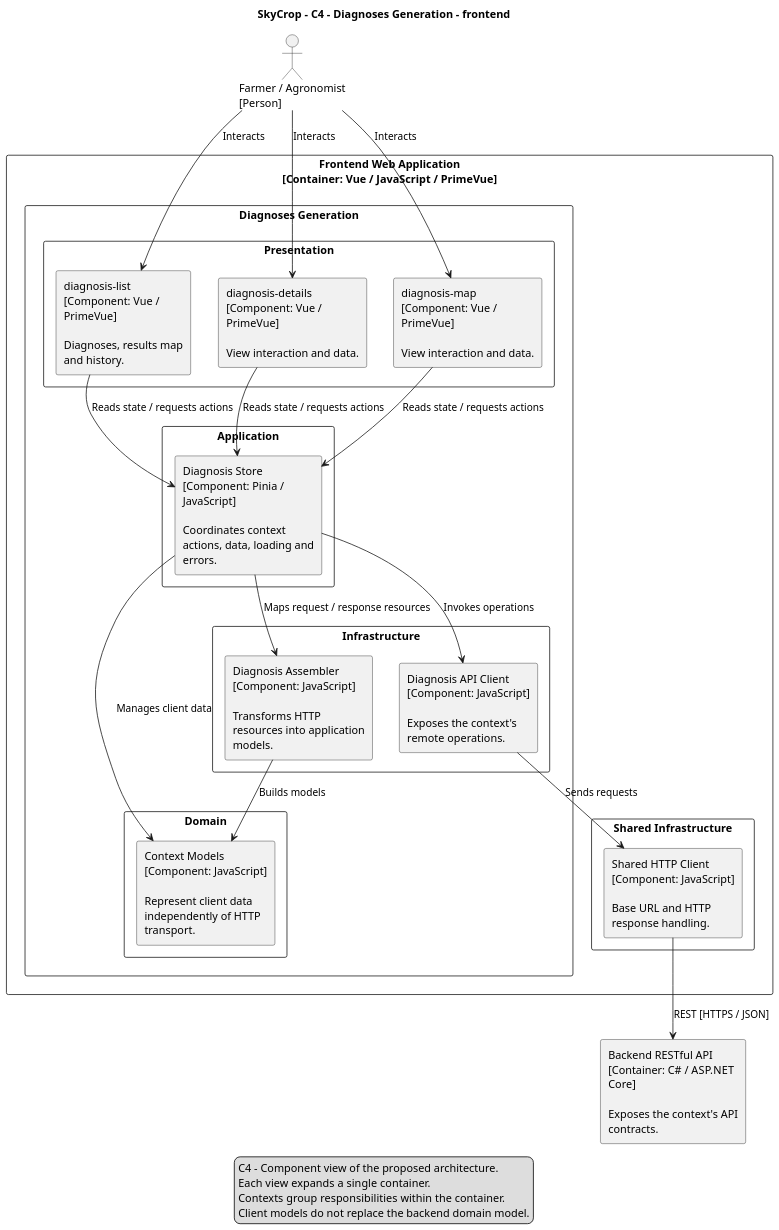
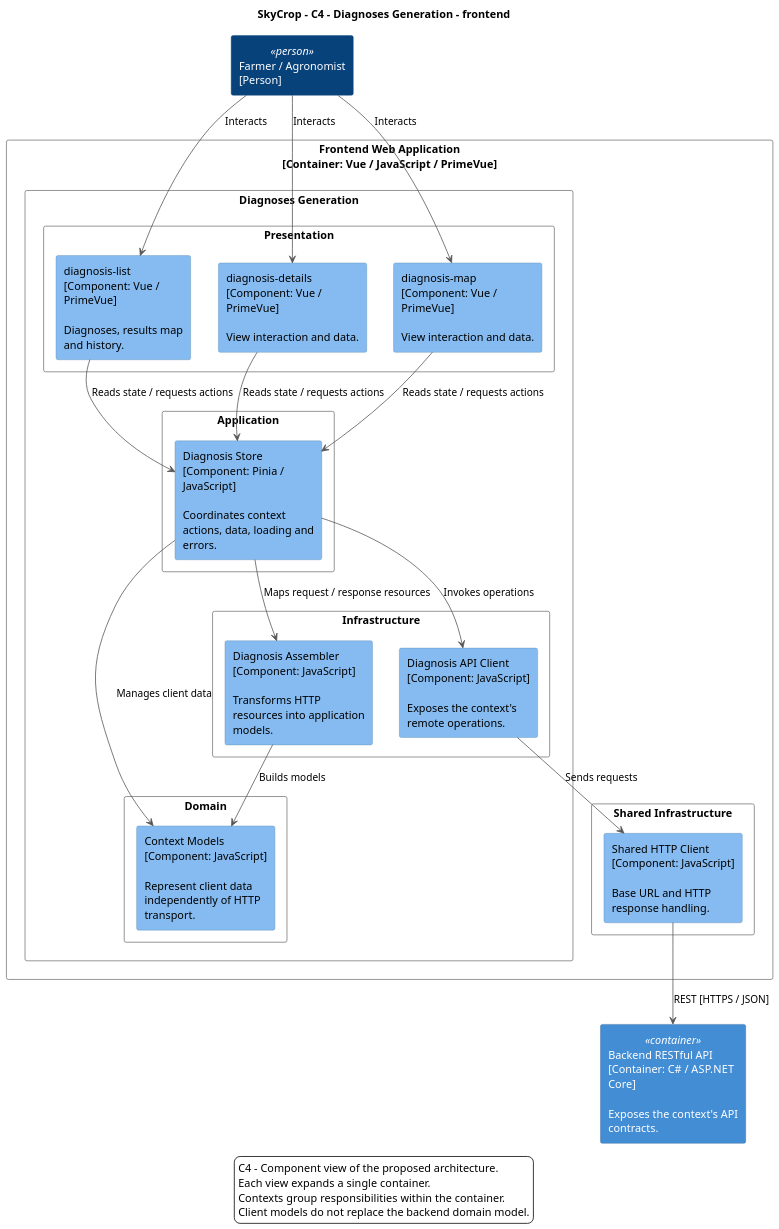
Before and after one commit to upc-pre-202620-1asi0730-8093-greentech/skycrop-report: the diagram in resources/diagrams/component-level/contexts/diagnoses-frontend-components.puml, drawn with PlantUML. The commit also changed 36 other files, not shown here.

Commit message:
feature: restore c4 palette in section 4.6.4 diagrams

```diff
--- a/resources/diagrams/component-level/contexts/diagnoses-frontend-components.puml
+++ b/resources/diagrams/component-level/contexts/diagnoses-frontend-components.puml
@@ -1,54 +1,90 @@
 @startuml
-skinparam monochrome true
+' C4 palette: people, systems, containers, components and external systems.
+skinparam monochrome false
+skinparam backgroundColor #ffffff
+skinparam actorStyle rectangle
+skinparam actor {
+  BackgroundColor #08427b
+  BorderColor #08427b
+  FontColor #ffffff
+}
+skinparam component {
+  BackgroundColor #85bbf0
+  BorderColor #5b8bb1
+  FontColor #000000
+  BackgroundColor<<container>> #438dd5
+  BorderColor<<container>> #2e6295
+  FontColor<<container>> #ffffff
+  BackgroundColor<<external>> #999999
+  BorderColor<<external>> #777777
+  FontColor<<external>> #ffffff
+  BackgroundColor<<system>> #1168bd
+  BorderColor<<system>> #0b4884
+  FontColor<<system>> #ffffff
+}
+skinparam database {
+  BackgroundColor #438dd5
+  BorderColor #2e6295
+  FontColor #ffffff
+}
+skinparam rectangle {
+  BackgroundColor<<person>> #08427b
+  BorderColor<<person>> #08427b
+  FontColor<<person>> #ffffff
+  BackgroundColor #ffffff
+  BorderColor #777777
+  FontColor #000000
+}
+skinparam ArrowColor #555555
 skinparam shadowing false
 skinparam dpi 120
 skinparam defaultFontName SansSerif
 skinparam componentStyle rectangle
 skinparam wrapWidth 180
 skinparam nodesep 35
 skinparam ranksep 45
 top to bottom direction
 title SkyCrop - C4 - Diagnoses Generation - frontend
-actor "Farmer / Agronomist\n[Person]" as user
+rectangle "Farmer / Agronomist\n[Person]" as user <<person>>
 rectangle "Frontend Web Application\n[Container: Vue / JavaScript / PrimeVue]" {
 rectangle "Diagnoses Generation" {
 rectangle "Presentation" {
 component "diagnosis-list\n[Component: Vue / PrimeVue]\n\nDiagnoses, results map and history." as view0
 component "diagnosis-details\n[Component: Vue / PrimeVue]\n\nView interaction and data." as view1
 component "diagnosis-map\n[Component: Vue / PrimeVue]\n\nView interaction and data." as view2
 }
 rectangle "Application" {
 component "Diagnosis Store\n[Component: Pinia / JavaScript]\n\nCoordinates context actions, data, loading and errors." as state
 }
 rectangle "Domain" {
 component "Context Models\n[Component: JavaScript]\n\nRepresent client data independently of HTTP transport." as model
 }
 rectangle "Infrastructure" {
 component "Diagnosis API Client\n[Component: JavaScript]\n\nExposes the context's remote operations." as apiclient
 component "Diagnosis Assembler\n[Component: JavaScript]\n\nTransforms HTTP resources into application models." as assembler
 }
 }
 rectangle "Shared Infrastructure" {
 component "Shared HTTP Client\n[Component: JavaScript]\n\nBase URL and HTTP response handling." as http
 }
 }
-component "Backend RESTful API\n[Container: C# / ASP.NET Core]\n\nExposes the context's API contracts." as api
+component "Backend RESTful API\n[Container: C# / ASP.NET Core]\n\nExposes the context's API contracts." as api <<container>>
 user --> view0 : Interacts
 view0 --> state : Reads state / requests actions
 user --> view1 : Interacts
 view1 --> state : Reads state / requests actions
 user --> view2 : Interacts
 view2 --> state : Reads state / requests actions
 state --> apiclient : Invokes operations
 state --> model : Manages client data
 assembler --> model : Builds models
 state --> assembler : Maps request / response resources
 apiclient --> http : Sends requests
 http --> api : REST [HTTPS / JSON]
 legend bottom
 C4 - Component view of the proposed architecture.
 Each view expands a single container.
 Contexts group responsibilities within the container.
 Client models do not replace the backend domain model.
 endlegend
 @enduml
```
